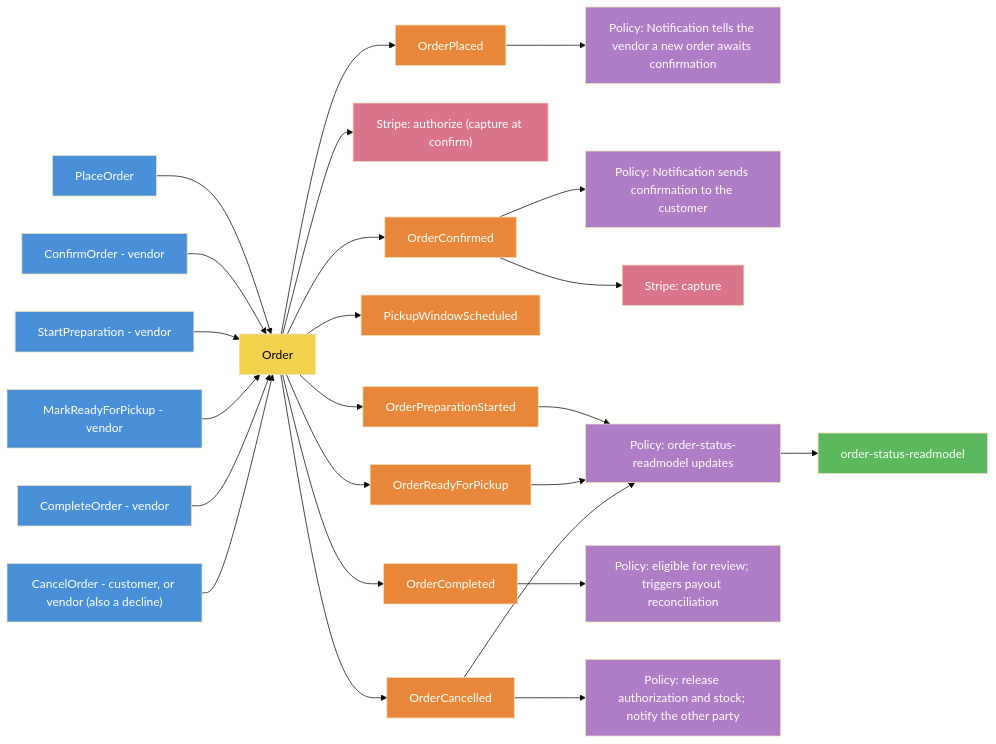
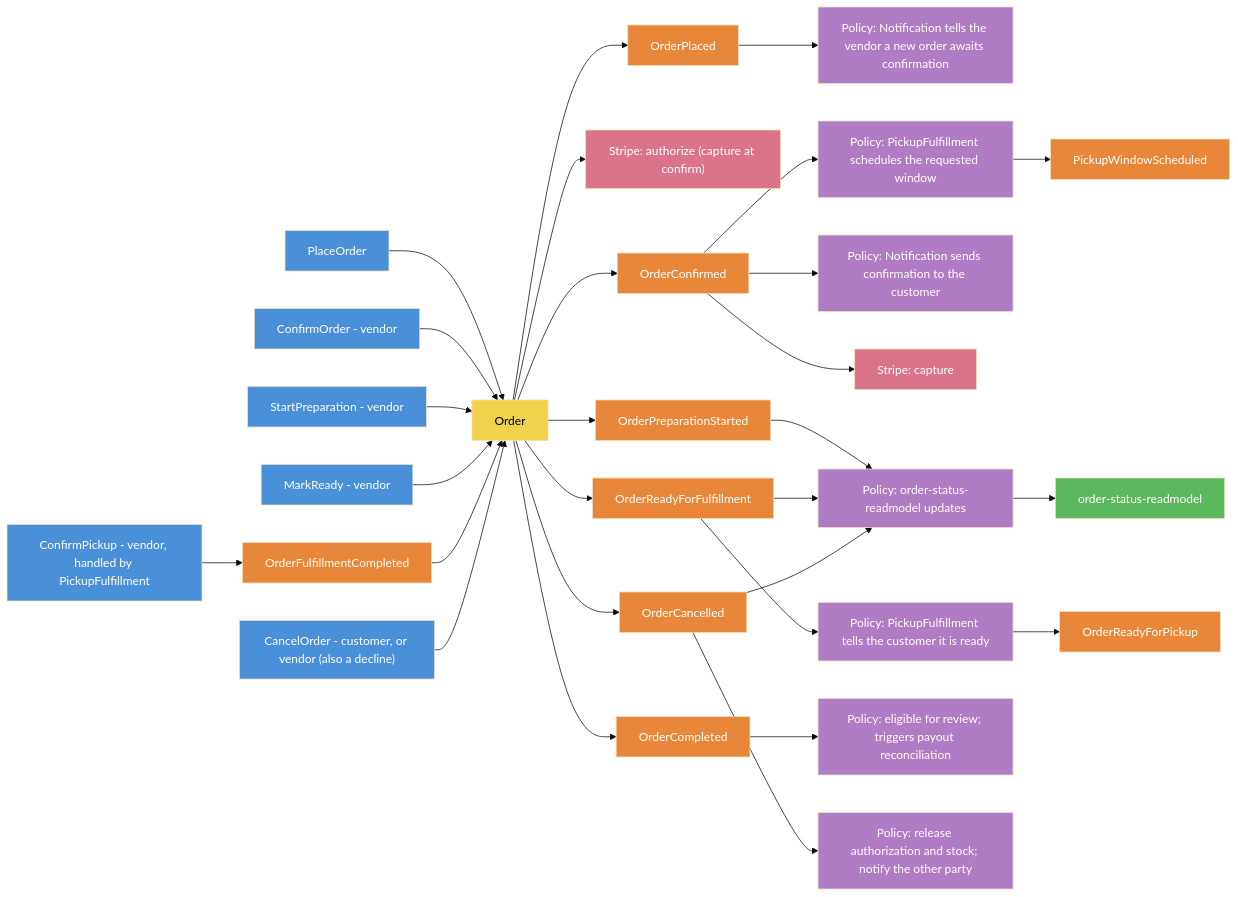
The second of 4 diagrams in docs/architecture/ddd/event-storming.md (benjamin-hedrick/bakery-marketplace), drawn with Mermaid (base theme) before and after one commit. The commit also changed 11 other files, not shown here.

````diff
--- a/docs/architecture/ddd/event-storming.md
+++ b/docs/architecture/ddd/event-storming.md
@@ -35,38 +35,42 @@
 ```mermaid
 graph LR
     classDef command fill:#4A90D9,color:#fff
     classDef aggregate fill:#F2D14C,color:#000
     classDef event fill:#E8873A,color:#fff
     classDef policy fill:#B07CC6,color:#fff
     classDef readmodel fill:#5CB85C,color:#fff
     classDef external fill:#D9748A,color:#fff
 
     C1[PlaceOrder]:::command --> A1[Order]:::aggregate
     A1 --> E1[OrderPlaced]:::event
     E1 --> P1["Policy: Notification tells the vendor a new order awaits confirmation"]:::policy
     A1 --> S1["Stripe: authorize (capture at confirm)"]:::external
 
     C2[ConfirmOrder - vendor]:::command --> A1
     A1 --> E2[OrderConfirmed]:::event
-    A1 --> E3[PickupWindowScheduled]:::event
+    E2 --> P6["Policy: PickupFulfillment schedules the requested window"]:::policy
+    P6 --> E3[PickupWindowScheduled]:::event
     E2 --> P2["Policy: Notification sends confirmation to the customer"]:::policy
     E2 --> S2["Stripe: capture"]:::external
 
     C3[StartPreparation - vendor]:::command --> A1
     A1 --> E4[OrderPreparationStarted]:::event
     E4 --> P3["Policy: order-status-readmodel updates"]:::policy
     P3 --> RM1[order-status-readmodel]:::readmodel
 
-    C4[MarkReadyForPickup - vendor]:::command --> A1
-    A1 --> E5[OrderReadyForPickup]:::event
+    C4[MarkReady - vendor]:::command --> A1
+    A1 --> E5[OrderReadyForFulfillment]:::event
+    E5 --> P7["Policy: PickupFulfillment tells the customer it is ready"]:::policy
+    P7 --> E8[OrderReadyForPickup]:::event
     E5 --> P3
 
-    C5[CompleteOrder - vendor]:::command --> A1
+    C5[ConfirmPickup - vendor, handled by PickupFulfillment]:::command --> E9[OrderFulfillmentCompleted]:::event
+    E9 --> A1
     A1 --> E6[OrderCompleted]:::event
     E6 --> P4["Policy: eligible for review; triggers payout reconciliation"]:::policy
 
     C6["CancelOrder - customer, or vendor (also a decline)"]:::command --> A1
     A1 --> E7[OrderCancelled]:::event
     E7 --> P5["Policy: release authorization and stock; notify the other party"]:::policy
     E7 --> P3
 ```
````
